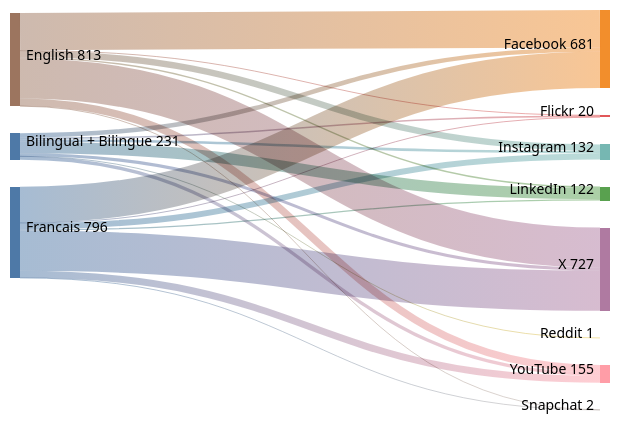
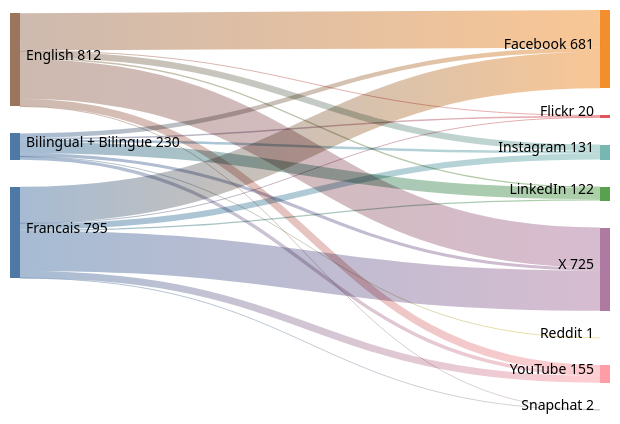
Before and after one commit to PatLittle/GC-Socials: the diagram in sankey_diagram.md, drawn with Mermaid (forest theme).

Commit message:
Update Sankey diagram for the most recent day

````diff
--- a/sankey_diagram.md
+++ b/sankey_diagram.md
@@ -1,24 +1,24 @@
 ```mermaid
 sankey-beta
   Bilingual + Bilingue,Facebook,39
   Bilingual + Bilingue,Flickr,13
-  Bilingual + Bilingue,Instagram,23
+  Bilingual + Bilingue,Instagram,22
   Bilingual + Bilingue,LinkedIn,99
   Bilingual + Bilingue,Reddit,1
   Bilingual + Bilingue,X,27
   Bilingual + Bilingue,YouTube,29
   English,Facebook,326
   English,Flickr,4
   English,Instagram,56
   English,LinkedIn,12
   English,Snapchat,1
-  English,X,349
+  English,X,348
   English,YouTube,65
   Francais,Facebook,316
   Francais,Flickr,3
   Francais,Instagram,53
   Francais,LinkedIn,11
   Francais,Snapchat,1
-  Francais,X,351
+  Francais,X,350
   Francais,YouTube,61
 ```
````
